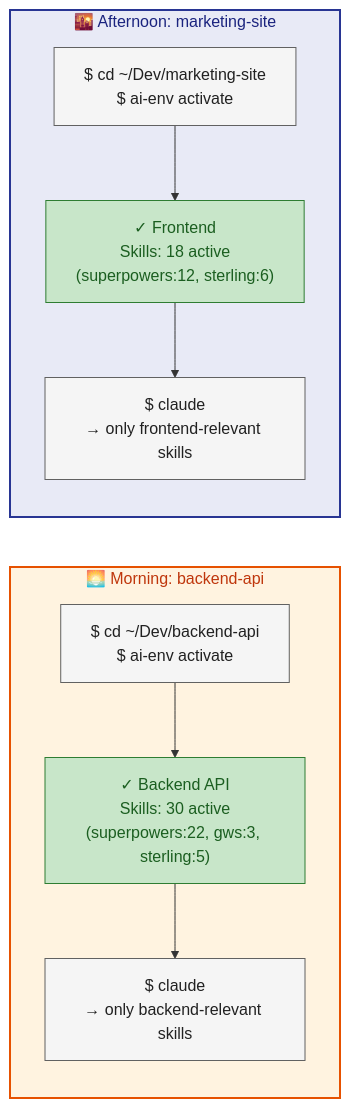
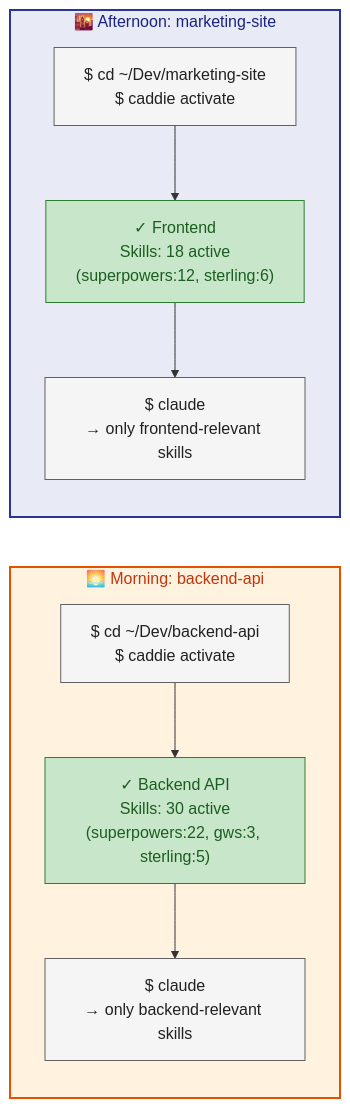
One commit to Portauw/caddie changed the diagram in docs/images/05-day-in-life.mmd. Above: the diagram before and after it, drawn with Mermaid. The commit also changed 21 other files, not shown here.

First line of the commit message:
chore: rename ai-env → caddie

```diff
--- a/docs/images/05-day-in-life.mmd
+++ b/docs/images/05-day-in-life.mmd
@@ -1,22 +1,22 @@
 flowchart LR
     classDef morning fill:#fff3e0,stroke:#e65100,stroke-width:2px,color:#bf360c
     classDef afternoon fill:#e8eaf6,stroke:#283593,stroke-width:2px,color:#1a237e
     classDef cmd fill:#f5f5f5,stroke:#616161,color:#212121
     classDef result fill:#c8e6c9,stroke:#2e7d32,color:#1b5e20
 
     subgraph M["🌅 Morning: backend-api"]
-        M1["$ cd ~/Dev/backend-api<br/>$ ai-env activate"]:::cmd
+        M1["$ cd ~/Dev/backend-api<br/>$ caddie activate"]:::cmd
         M2["✓ Backend API<br/>Skills: 30 active<br/>(superpowers:22, gws:3, sterling:5)"]:::result
         M3["$ claude<br/>→ only backend-relevant skills"]:::cmd
         M1 --> M2 --> M3
     end
 
     subgraph A["🌇 Afternoon: marketing-site"]
-        A1["$ cd ~/Dev/marketing-site<br/>$ ai-env activate"]:::cmd
+        A1["$ cd ~/Dev/marketing-site<br/>$ caddie activate"]:::cmd
         A2["✓ Frontend<br/>Skills: 18 active<br/>(superpowers:12, sterling:6)"]:::result
         A3["$ claude<br/>→ only frontend-relevant skills"]:::cmd
         A1 --> A2 --> A3
     end
 
     class M morning
     class A afternoon
```
